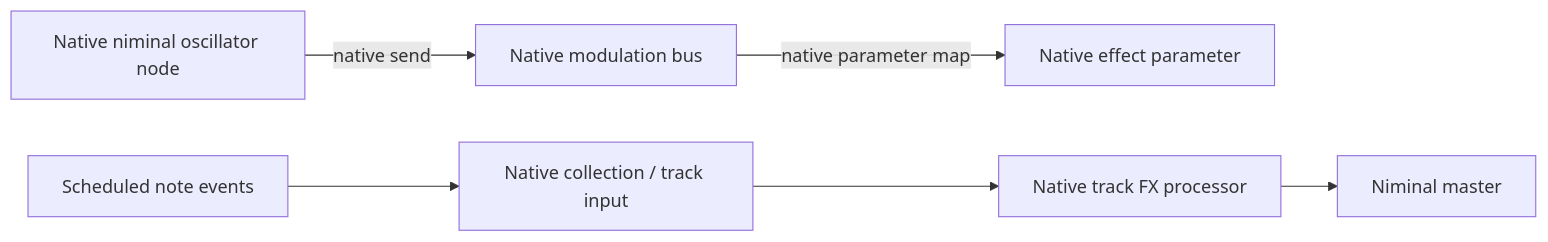
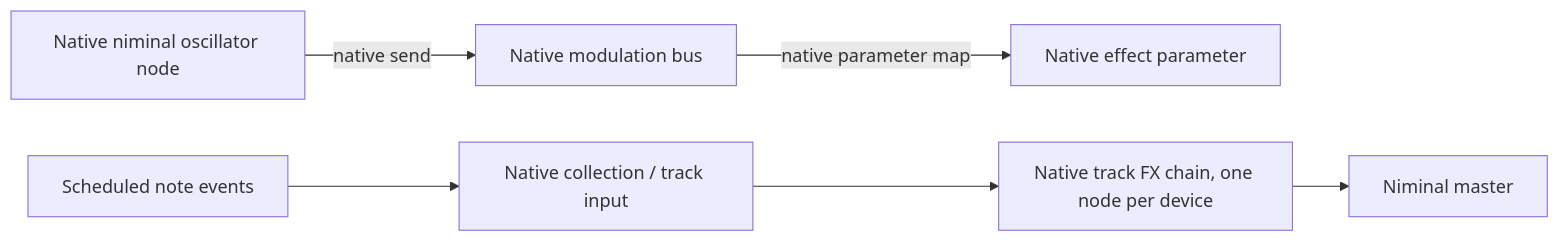
One commit to martineastwood/niminal changed the diagram in tracker/ARCHITECTURE.md. Above: the diagram before and after it, drawn with Mermaid. The commit also changed other lines of this file and 23 other files, not shown here.

````diff
--- a/tracker/ARCHITECTURE.md
+++ b/tracker/ARCHITECTURE.md
@@ -9,8 +9,8 @@
 ```mermaid
 flowchart LR
   LFO[Native niminal oscillator node] -->|native send| Bus[Native modulation bus]
   Bus -->|native parameter map| FX[Native effect parameter]
   Notes[Scheduled note events] --> Input[Native collection / track input]
-  Input --> Insert[Native track FX processor]
-  Insert --> Master[Niminal master]
+  Input --> Chain[Native track FX chain, one node per device]
+  Chain --> Master[Niminal master]
 ```
````
